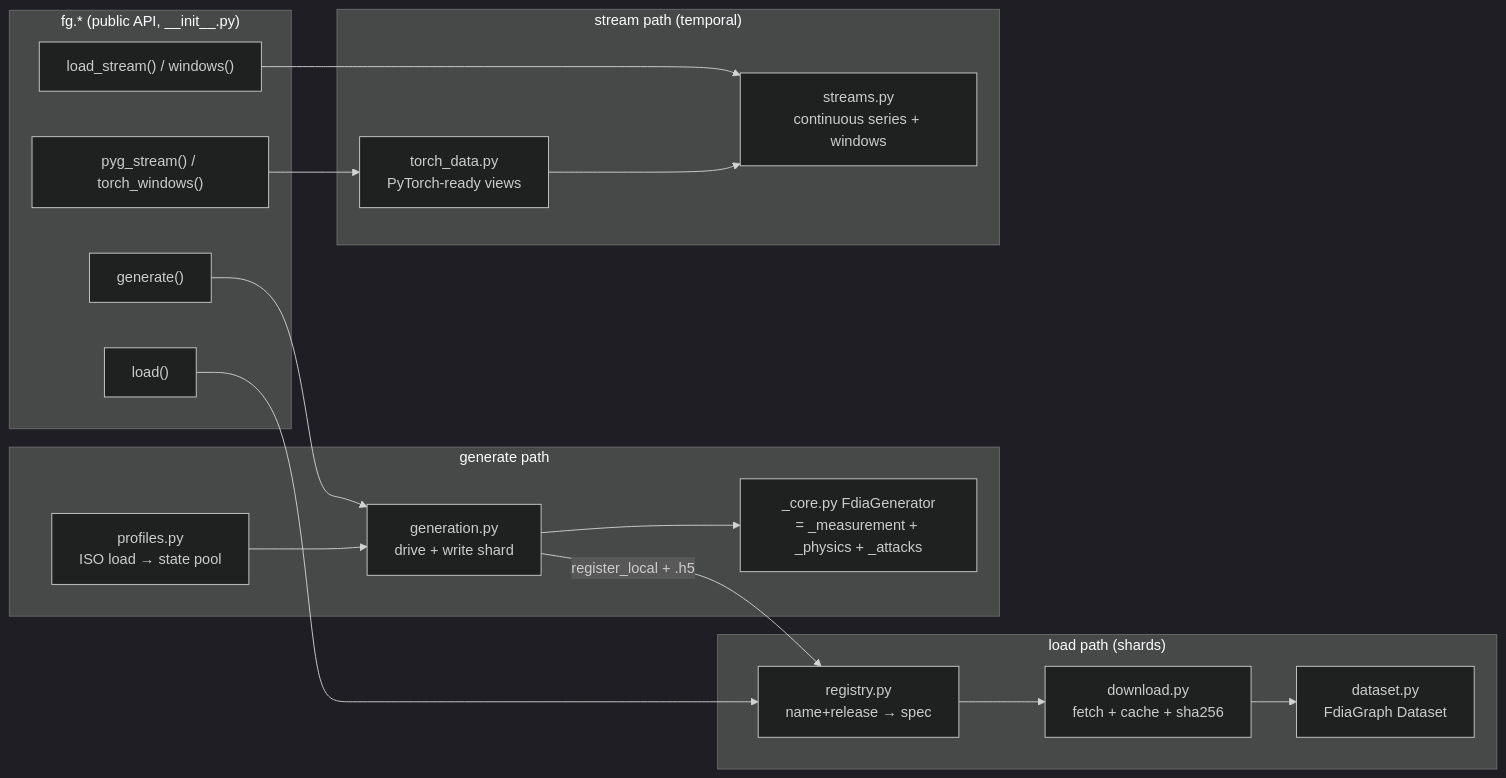
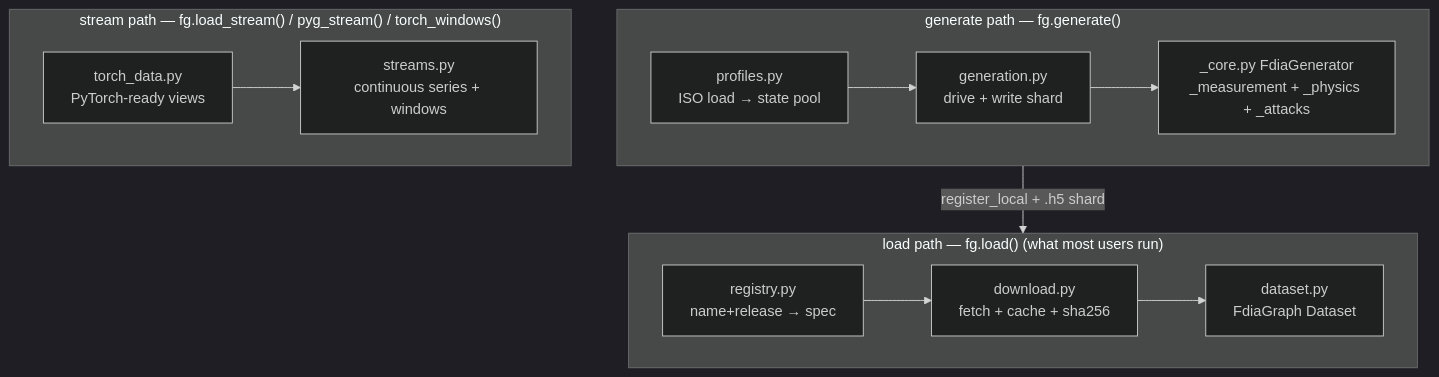
Before and after one commit to myersben9/fdia-graph: the diagram in docs/ROADMAP.md, drawn with Mermaid (dark theme).

Commit message:
Roadmap: compact stacked diagram, drop the API box causing cross-canvas edges

````diff
--- a/docs/ROADMAP.md
+++ b/docs/ROADMAP.md
@@ -7,29 +7,16 @@
 ```mermaid
-flowchart LR
-    subgraph API["fg.* (public API, __init__.py)"]
-        load["load()"]
-        gen["generate()"]
-        ls["load_stream() / windows()"]
-        td["pyg_stream() / torch_windows()"]
+flowchart TD
+    subgraph GEN["generate path — fg.generate()"]
+        direction LR
+        profiles["profiles.py<br/>ISO load → state pool"] --> generation["generation.py<br/>drive + write shard"] --> core["_core.py FdiaGenerator<br/>_measurement + _physics + _attacks"]
     end
-    subgraph LOAD["load path (shards)"]
-        registry["registry.py<br/>name+release → spec"]
-        download["download.py<br/>fetch + cache + sha256"]
-        dataset["dataset.py<br/>FdiaGraph Dataset"]
+    subgraph LOAD["load path — fg.load()  (what most users run)"]
+        direction LR
+        registry["registry.py<br/>name+release → spec"] --> download["download.py<br/>fetch + cache + sha256"] --> dataset["dataset.py<br/>FdiaGraph Dataset"]
     end
-    subgraph GEN["generate path"]
-        profiles["profiles.py<br/>ISO load → state pool"]
-        generation["generation.py<br/>drive + write shard"]
-        core["_core.py FdiaGenerator<br/>= _measurement + _physics + _attacks"]
+    subgraph STREAM["stream path — fg.load_stream() / pyg_stream() / torch_windows()"]
+        direction LR
+        torchdata["torch_data.py<br/>PyTorch-ready views"] --> streams["streams.py<br/>continuous series + windows"]
     end
-    subgraph STREAM["stream path (temporal)"]
-        streams["streams.py<br/>continuous series + windows"]
-        torchdata["torch_data.py<br/>PyTorch-ready views"]
-    end
-    load --> registry --> download --> dataset
-    gen --> generation --> core
-    profiles --> generation
-    generation -->|"register_local + .h5"| registry
-    ls --> streams
-    td --> torchdata --> streams
+    GEN -->|"register_local + .h5 shard"| LOAD
 ```
````
